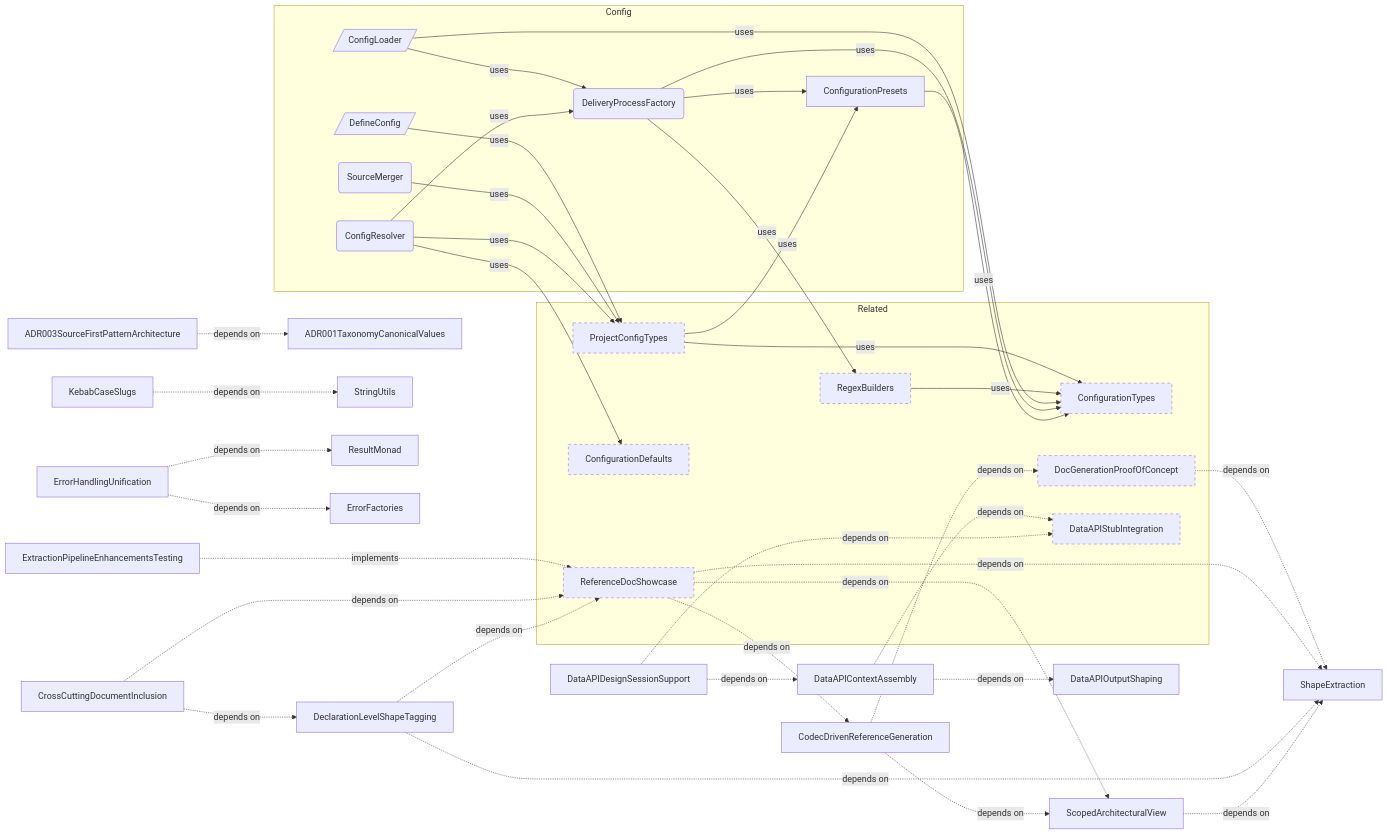
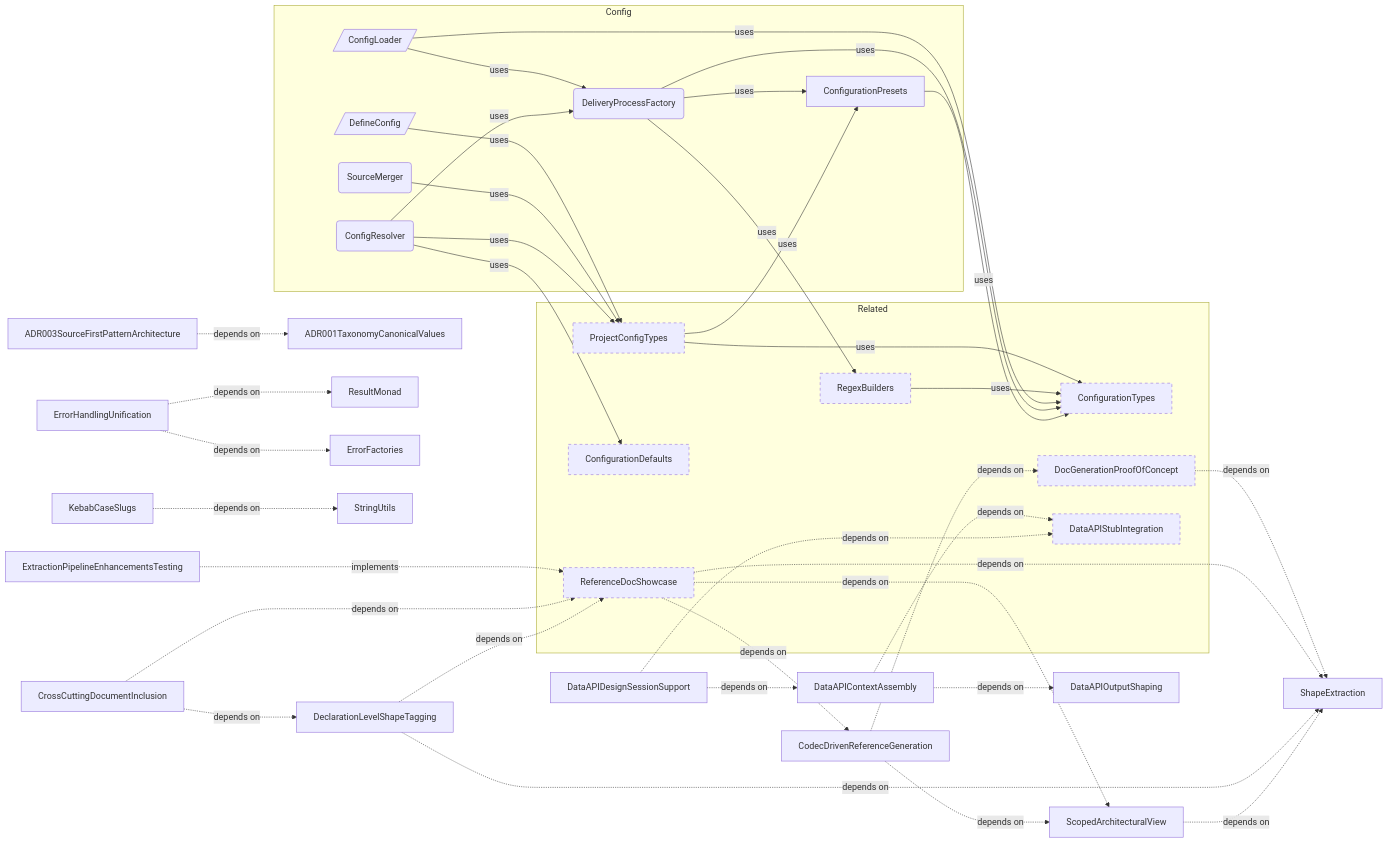
One commit to libar-dev/architect changed the second of 2 diagrams in docs-live/PRODUCT-AREAS.md. Above: the diagram before and after it, drawn with Mermaid. The commit also changed other lines of this file and 8 other files, not shown here.

First line of the commit message:
Detail Phase 4 spec with 4 new Rules and 18 scenarios for architecture doc decomposition

````diff
--- a/docs-live/PRODUCT-AREAS.md
+++ b/docs-live/PRODUCT-AREAS.md
@@ -175,71 +175,71 @@
 ```mermaid
 graph LR
     subgraph config["Config"]
         ConfigResolver("ConfigResolver")
         ConfigurationPresets["ConfigurationPresets"]
         SourceMerger("SourceMerger")
         DeliveryProcessFactory("DeliveryProcessFactory")
         DefineConfig[/"DefineConfig"/]
         ConfigLoader[/"ConfigLoader"/]
     end
     ADR003SourceFirstPatternArchitecture["ADR003SourceFirstPatternArchitecture"]
     ADR001TaxonomyCanonicalValues["ADR001TaxonomyCanonicalValues"]
     ShapeExtraction["ShapeExtraction"]
     ScopedArchitecturalView["ScopedArchitecturalView"]
     DeclarationLevelShapeTagging["DeclarationLevelShapeTagging"]
     DataAPIDesignSessionSupport["DataAPIDesignSessionSupport"]
     DataAPIOutputShaping["DataAPIOutputShaping"]
     DataAPIContextAssembly["DataAPIContextAssembly"]
     CrossCuttingDocumentInclusion["CrossCuttingDocumentInclusion"]
     CodecDrivenReferenceGeneration["CodecDrivenReferenceGeneration"]
-    StringUtils["StringUtils"]
     ResultMonad["ResultMonad"]
     ErrorFactories["ErrorFactories"]
+    StringUtils["StringUtils"]
     ExtractionPipelineEnhancementsTesting["ExtractionPipelineEnhancementsTesting"]
     KebabCaseSlugs["KebabCaseSlugs"]
     ErrorHandlingUnification["ErrorHandlingUnification"]
     subgraph related["Related"]
         ConfigurationTypes["ConfigurationTypes"]:::neighbor
         RegexBuilders["RegexBuilders"]:::neighbor
         ProjectConfigTypes["ProjectConfigTypes"]:::neighbor
         ConfigurationDefaults["ConfigurationDefaults"]:::neighbor
         ReferenceDocShowcase["ReferenceDocShowcase"]:::neighbor
         DocGenerationProofOfConcept["DocGenerationProofOfConcept"]:::neighbor
         DataAPIStubIntegration["DataAPIStubIntegration"]:::neighbor
     end
     ConfigResolver -->|uses| ProjectConfigTypes
     ConfigResolver -->|uses| DeliveryProcessFactory
     ConfigResolver -->|uses| ConfigurationDefaults
     ConfigurationPresets -->|uses| ConfigurationTypes
     SourceMerger -->|uses| ProjectConfigTypes
     DeliveryProcessFactory -->|uses| ConfigurationTypes
     DeliveryProcessFactory -->|uses| ConfigurationPresets
     DeliveryProcessFactory -->|uses| RegexBuilders
     DefineConfig -->|uses| ProjectConfigTypes
     ConfigLoader -->|uses| DeliveryProcessFactory
     ConfigLoader -->|uses| ConfigurationTypes
     ADR003SourceFirstPatternArchitecture -.->|depends on| ADR001TaxonomyCanonicalValues
     ScopedArchitecturalView -.->|depends on| ShapeExtraction
     DeclarationLevelShapeTagging -.->|depends on| ShapeExtraction
     DeclarationLevelShapeTagging -.->|depends on| ReferenceDocShowcase
     DataAPIDesignSessionSupport -.->|depends on| DataAPIContextAssembly
     DataAPIDesignSessionSupport -.->|depends on| DataAPIStubIntegration
     DataAPIContextAssembly -.->|depends on| DataAPIOutputShaping
     DataAPIContextAssembly -.->|depends on| DataAPIStubIntegration
     CrossCuttingDocumentInclusion -.->|depends on| DeclarationLevelShapeTagging
     CrossCuttingDocumentInclusion -.->|depends on| ReferenceDocShowcase
     CodecDrivenReferenceGeneration -.->|depends on| DocGenerationProofOfConcept
     CodecDrivenReferenceGeneration -.->|depends on| ScopedArchitecturalView
     ExtractionPipelineEnhancementsTesting ..->|implements| ReferenceDocShowcase
     KebabCaseSlugs -.->|depends on| StringUtils
     ErrorHandlingUnification -.->|depends on| ResultMonad
     ErrorHandlingUnification -.->|depends on| ErrorFactories
     RegexBuilders -->|uses| ConfigurationTypes
     ProjectConfigTypes -->|uses| ConfigurationTypes
     ProjectConfigTypes -->|uses| ConfigurationPresets
     ReferenceDocShowcase -.->|depends on| CodecDrivenReferenceGeneration
     ReferenceDocShowcase -.->|depends on| ScopedArchitecturalView
     ReferenceDocShowcase -.->|depends on| ShapeExtraction
     DocGenerationProofOfConcept -.->|depends on| ShapeExtraction
     classDef neighbor stroke-dasharray: 5 5
 ```
````
